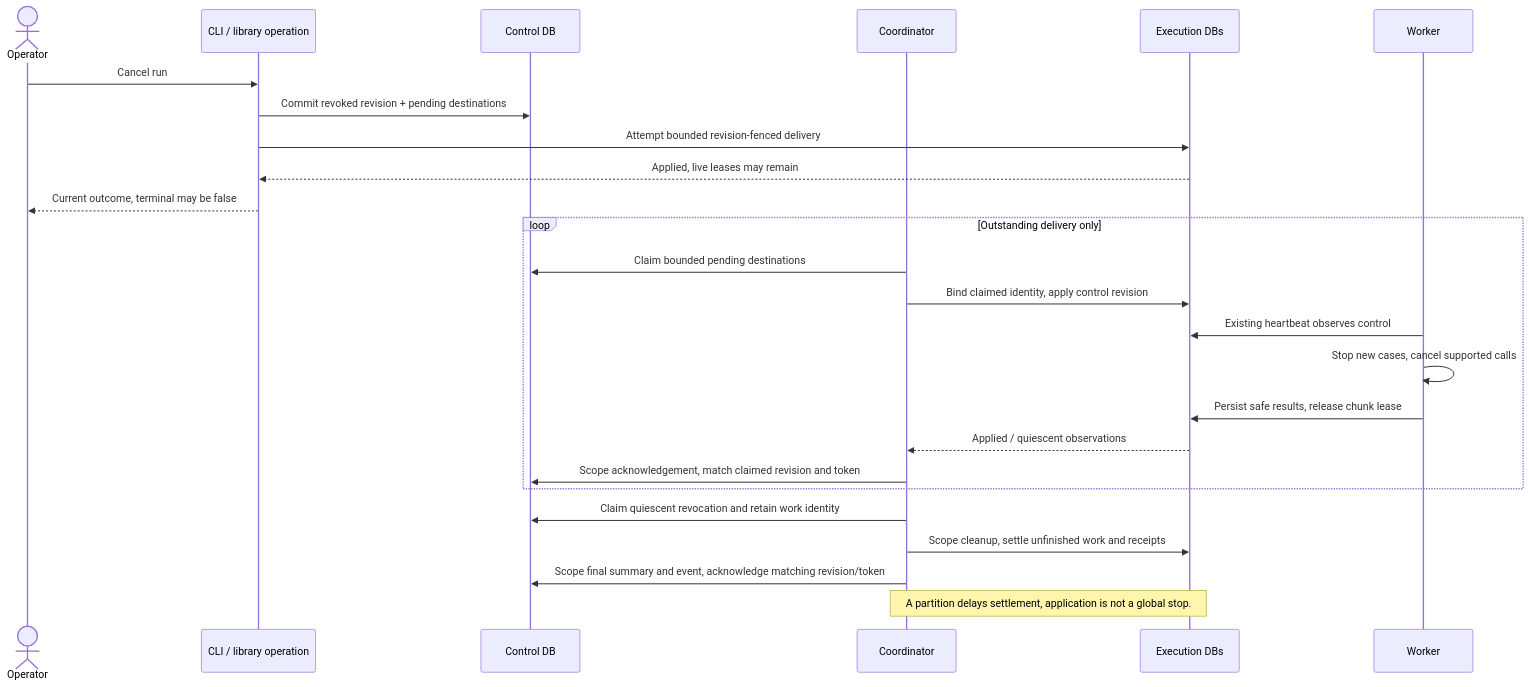
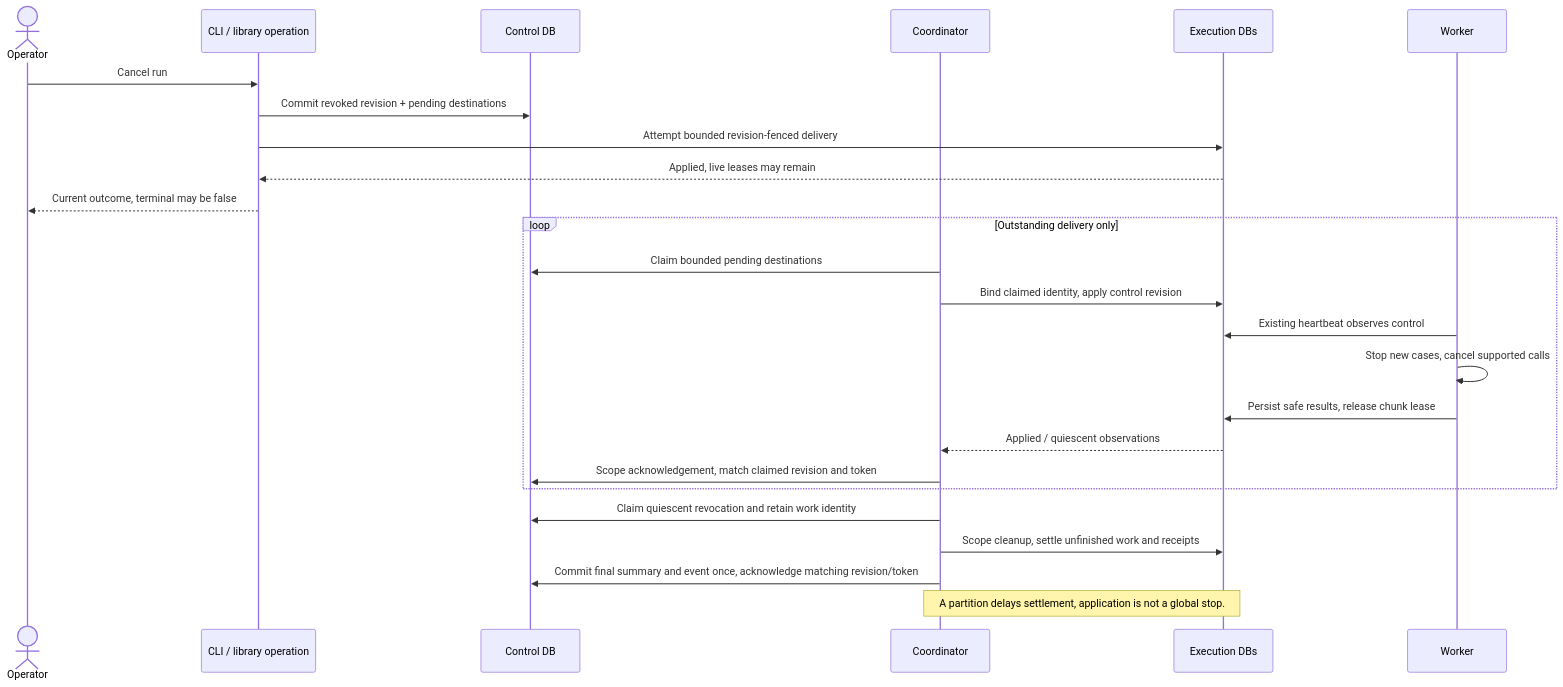
One commit to agent-vigilo/vigilo changed the diagram in web/docs/architecture/flows/run/cancel/execution-flow.mmd. Above: the diagram before and after it, drawn with Mermaid. The commit also changed 15 other files, not shown here.

```diff
--- a/web/docs/architecture/flows/run/cancel/execution-flow.mmd
+++ b/web/docs/architecture/flows/run/cancel/execution-flow.mmd
@@ -1,33 +1,33 @@
 ---
 config:
   flowchart:
     nodeSpacing: 150
     rankSpacing: 80
   themeVariables:
     edgeLabelBackground: 'transparent'
 ---
 sequenceDiagram
     actor Operator
     participant API as CLI / library operation
     participant Control as Control DB
     participant Coordinator
     participant Execution as Execution DBs
     participant Worker
     Operator->>API: Cancel run
     API->>Control: Commit revoked revision + pending destinations
     API->>Execution: Attempt bounded revision-fenced delivery
     Execution-->>API: Applied, live leases may remain
     API-->>Operator: Current outcome, terminal may be false
     loop Outstanding delivery only
         Coordinator->>Control: Claim bounded pending destinations
         Coordinator->>Execution: Bind claimed identity, apply control revision
         Worker->>Execution: Existing heartbeat observes control
         Worker->>Worker: Stop new cases, cancel supported calls
         Worker->>Execution: Persist safe results, release chunk lease
         Execution-->>Coordinator: Applied / quiescent observations
         Coordinator->>Control: Scope acknowledgement, match claimed revision and token
     end
     Coordinator->>Control: Claim quiescent revocation and retain work identity
     Coordinator->>Execution: Scope cleanup, settle unfinished work and receipts
-    Coordinator->>Control: Scope final summary and event, acknowledge matching revision/token
+    Coordinator->>Control: Commit final summary and event once, acknowledge matching revision/token
     Note over Coordinator,Execution: A partition delays settlement, application is not a global stop.
```
